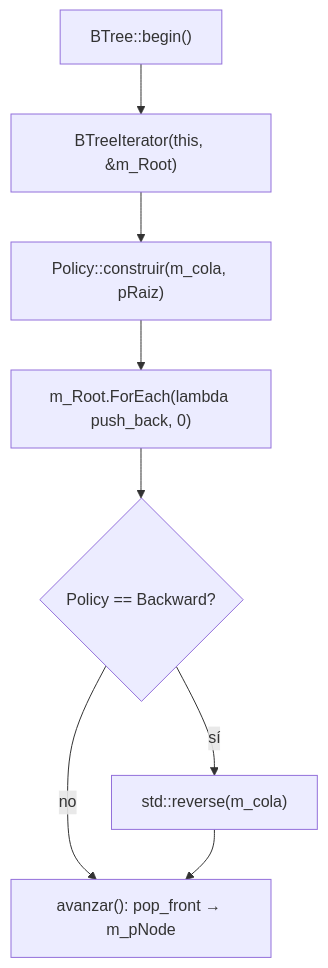
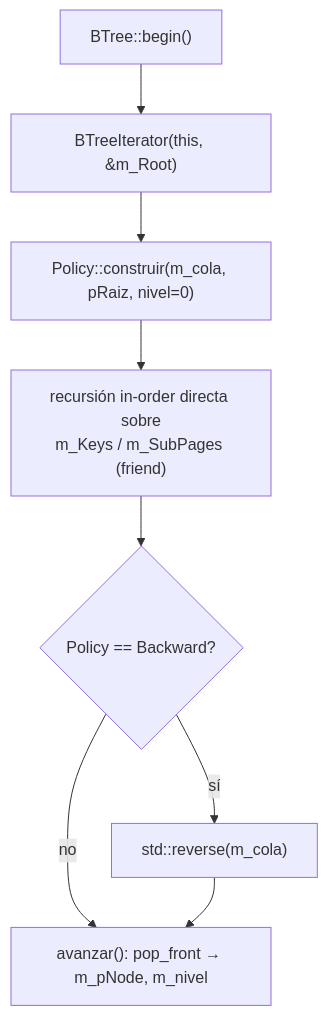
Before and after one commit to Camilo-vinatea/2026-I-MCC001-AED: the second of 6 diagrams in BTree.md, drawn with Mermaid. The commit also changed other lines of this file, not shown here.

````diff
--- a/BTree.md
+++ b/BTree.md
@@ -142,10 +158,10 @@
 ```mermaid
 flowchart TD
     A["BTree::begin()"] --> B["BTreeIterator(this, &m_Root)"]
-    B --> C["Policy::construir(m_cola, pRaiz)"]
-    C --> D["m_Root.ForEach(lambda push_back, 0)"]
+    B --> C["Policy::construir(m_cola, pRaiz, nivel=0)"]
+    C --> D["recursión in-order directa sobre\nm_Keys / m_SubPages (friend)"]
     D --> E{Policy == Backward?}
     E -->|sí| F["std::reverse(m_cola)"]
-    E -->|no| G["avanzar(): pop_front → m_pNode"]
+    E -->|no| G["avanzar(): pop_front → m_pNode, m_nivel"]
     F --> G
 ```
````
